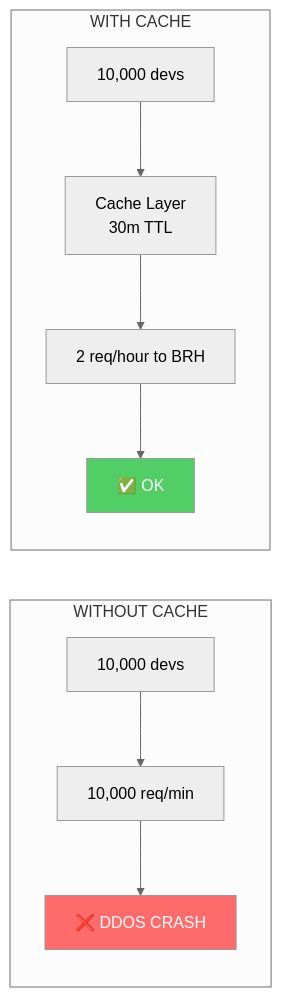
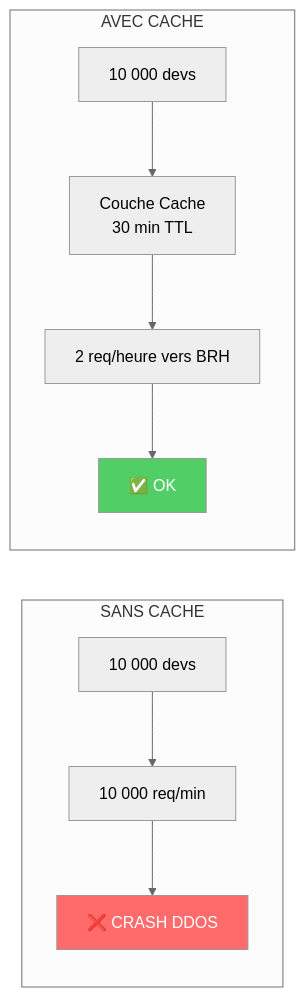
Before and after one commit to antifugazis/BRH: the fifth of 5 diagrams in README.md, drawn with Mermaid (neutral theme). The commit also changed other lines of this file, not shown here.

Commit message:
Translate Mermaid diagrams to French

````diff
--- a/README.md
+++ b/README.md
@@ -171,15 +171,15 @@
 ```mermaid
 flowchart LR
-    subgraph Without["WITHOUT CACHE"]
-        A1[10,000 devs] --> B1[10,000 req/min]
-        B1 --> C1[❌ DDOS CRASH]
+    subgraph Without["SANS CACHE"]
+        A1[10 000 devs] --> B1[10 000 req/min]
+        B1 --> C1[❌ CRASH DDOS]
         style C1 fill:#ff6b6b,color:#fff
     end
 
-    subgraph With["WITH CACHE"]
-        A2[10,000 devs] --> B2[Cache Layer\n30m TTL]
-        B2 --> C2[2 req/hour to BRH]
+    subgraph With["AVEC CACHE"]
+        A2[10 000 devs] --> B2[Couche Cache\n30 min TTL]
+        B2 --> C2[2 req/heure vers BRH]
         C2 --> D2[✅ OK]
         style D2 fill:#51cf66,color:#fff
     end
 ```
````
